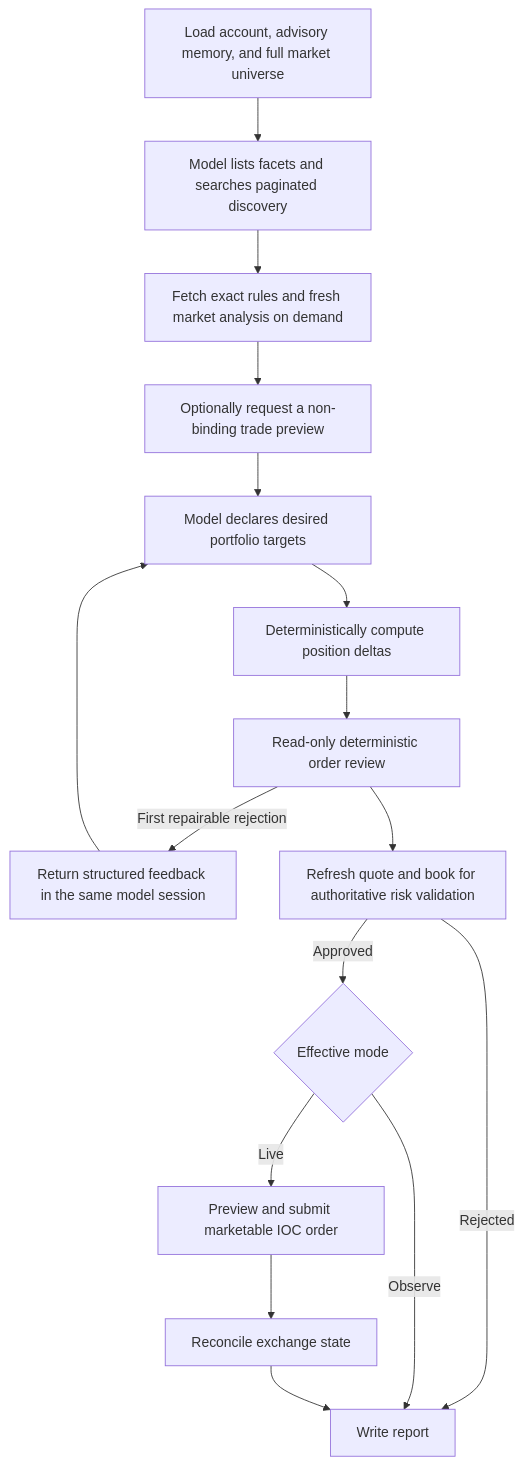
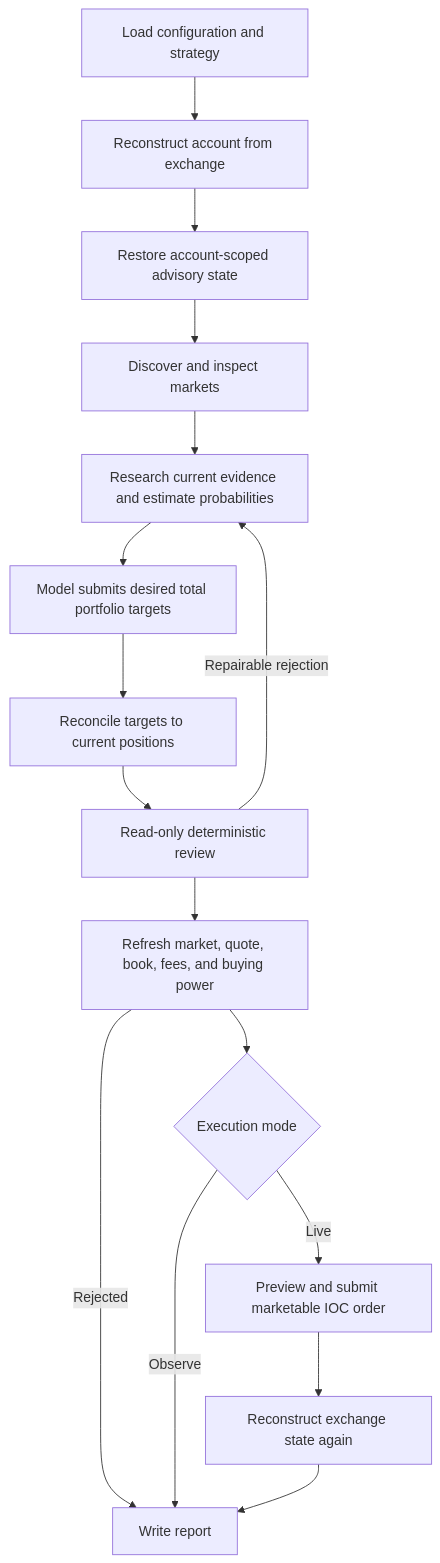
One commit to ProgramComputer/marketcaster changed the diagram in README.md. Above: the diagram before and after it, drawn with Mermaid. The commit also changed other lines of this file and 29 other files, not shown here.

````diff
--- a/README.md
+++ b/README.md
@@ -41,18 +63,18 @@
 ```mermaid
 flowchart TD
-  A[Load account, advisory memory, and full market universe] --> B[Model lists facets and searches paginated discovery]
-  B --> C[Fetch exact rules and fresh market analysis on demand]
-  C --> D[Optionally request a non-binding trade preview]
-  D --> E[Model declares desired portfolio targets]
-  E --> T[Deterministically compute position deltas]
-  T --> F[Read-only deterministic order review]
-  F -->|First repairable rejection| R[Return structured feedback in the same model session]
-  R --> E
-  F --> V[Refresh quote and book for authoritative risk validation]
-  V -->|Rejected| H[Write report]
-  V -->|Approved| G{Effective mode}
-  G -->|Observe| H
-  G -->|Live| I[Preview and submit marketable IOC order]
-  I --> J[Reconcile exchange state]
-  J --> H
+  A[Load configuration and strategy] --> B[Reconstruct account from exchange]
+  B --> C[Restore account-scoped advisory state]
+  C --> D[Discover and inspect markets]
+  D --> E[Research current evidence and estimate probabilities]
+  E --> F[Model submits desired total portfolio targets]
+  F --> G[Reconcile targets to current positions]
+  G --> H[Read-only deterministic review]
+  H -->|Repairable rejection| E
+  H --> I[Refresh market, quote, book, fees, and buying power]
+  I -->|Rejected| M[Write report]
+  I --> J{Execution mode}
+  J -->|Observe| M
+  J -->|Live| K[Preview and submit marketable IOC order]
+  K --> L[Reconstruct exchange state again]
+  L --> M
 ```
````
